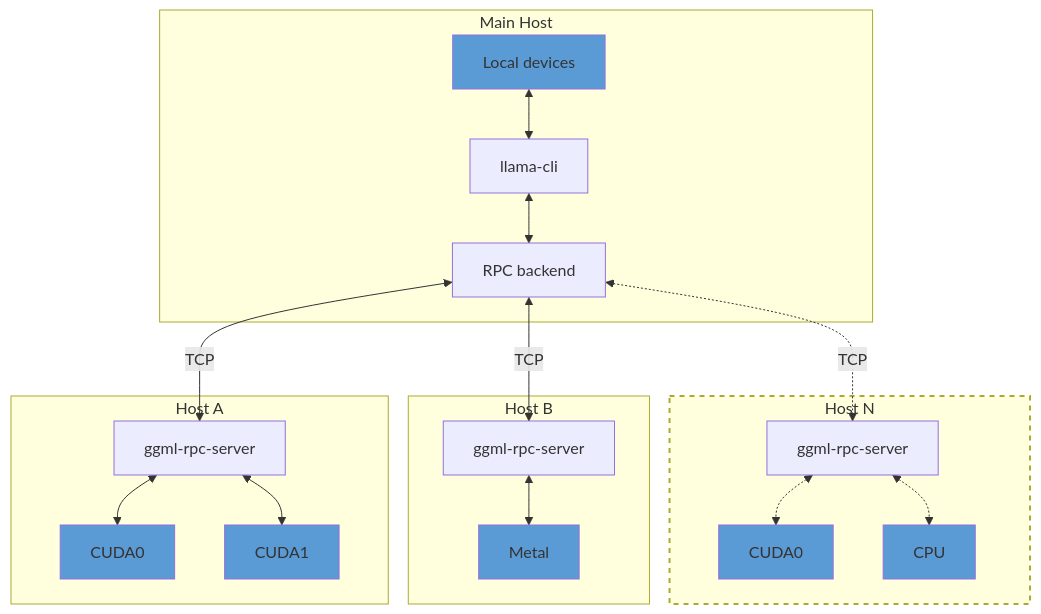
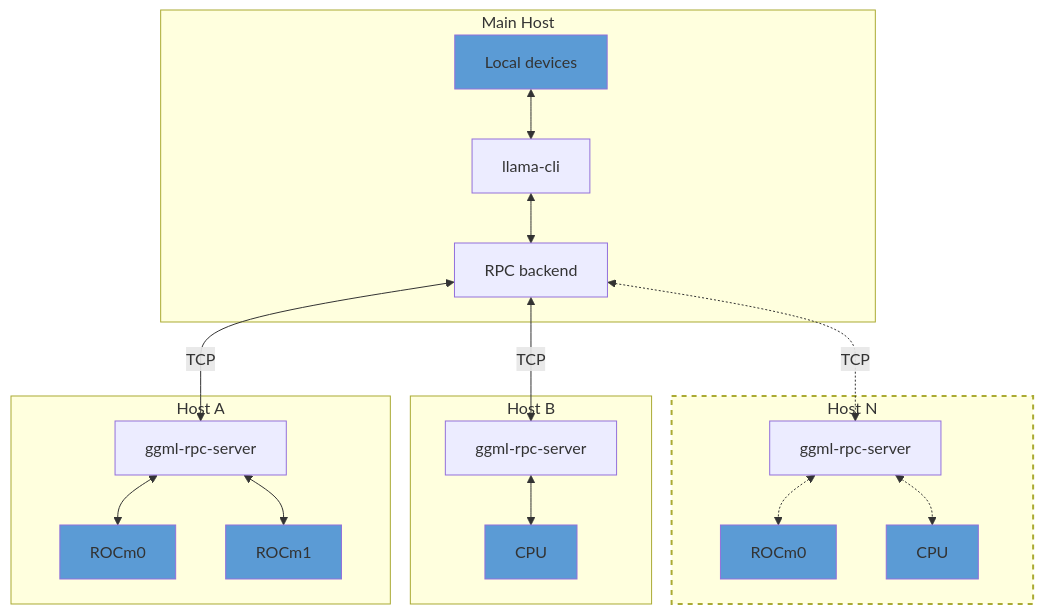
One commit to fwoar-greenhouse/vicuna.cpp changed the diagram in tools/rpc/README.md. Above: the diagram before and after it, drawn with Mermaid. The commit also changed other lines of this file and 47 other files, not shown here.

````diff
--- a/tools/rpc/README.md
+++ b/tools/rpc/README.md
@@ -11,24 +11,24 @@
 ```mermaid
 flowchart TD
     rpcb<-->|TCP|srva
     rpcb<-->|TCP|srvb
     rpcb<-.->|TCP|srvn
     subgraph hostn[Host N]
-    srvn[ggml-rpc-server]<-.->dev4["CUDA0"]
+    srvn[ggml-rpc-server]<-.->dev4["ROCm0"]
     srvn[ggml-rpc-server]<-.->dev5["CPU"]
     end
     subgraph hostb[Host B]
-    srvb[ggml-rpc-server]<-->dev3["Metal"]
+    srvb[ggml-rpc-server]<-->dev3["CPU"]
     end
     subgraph hosta[Host A]
-    srva[ggml-rpc-server]<-->dev["CUDA0"]
-    srva[ggml-rpc-server]<-->dev2["CUDA1"]
+    srva[ggml-rpc-server]<-->dev["ROCm0"]
+    srva[ggml-rpc-server]<-->dev2["ROCm1"]
     end
     subgraph host[Main Host]
     local["Local devices"]<-->ggml[llama-cli]
     ggml[llama-cli]<-->rpcb[RPC backend]
     end
     style hostn stroke:#66,stroke-width:2px,stroke-dasharray: 5 5
     classDef devcls fill:#5B9BD5
     class local,dev,dev2,dev3,dev4,dev5 devcls
 ```
````
